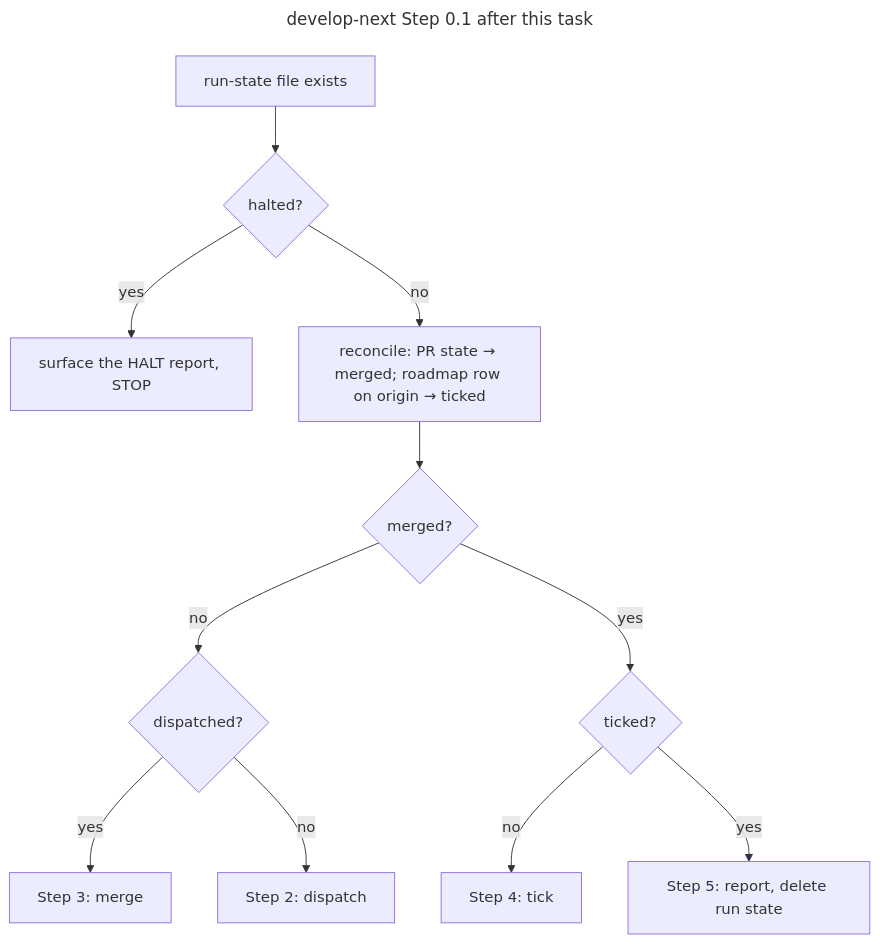
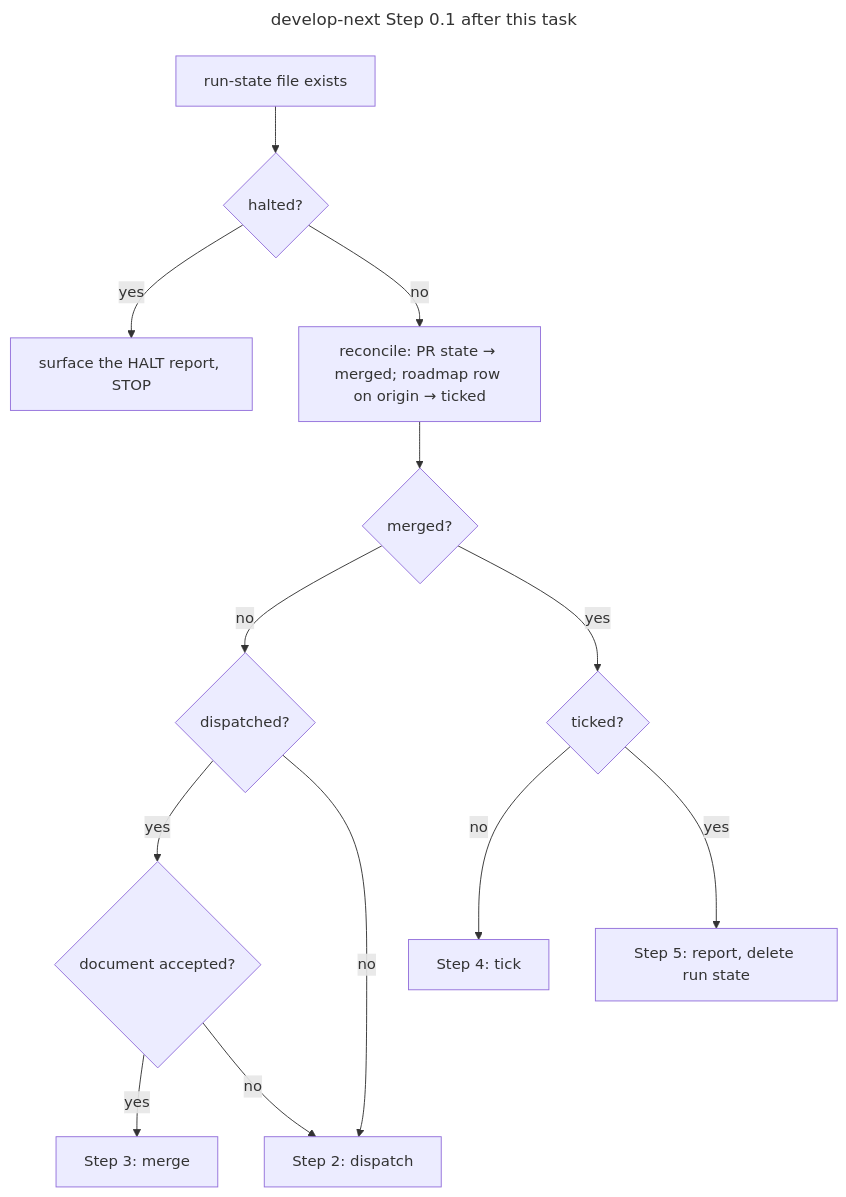
The diagram in docs/tasks/task.188.resume-from-evidence-not-flags/task.188.resume-from-evidence-not-flags.md (Gamaroff/agent-skills), drawn with Mermaid before and after one commit. The commit also changed other lines of this file, not shown here.

````diff
--- a/docs/tasks/task.188.resume-from-evidence-not-flags/task.188.resume-from-evidence-not-flags.md
+++ b/docs/tasks/task.188.resume-from-evidence-not-flags/task.188.resume-from-evidence-not-flags.md
@@ -139,16 +139,18 @@
 ```mermaid
 ---
 title: develop-next Step 0.1 after this task
 ---
 flowchart TD
   A[run-state file exists] --> H{halted?}
   H -- yes --> S[surface the HALT report, STOP]
   H -- no --> R[reconcile: PR state → merged; roadmap row on origin → ticked]
   R --> M{merged?}
   M -- no --> D{dispatched?}
-  D -- yes --> S3[Step 3: merge]
-  D -- no --> S2[Step 2: dispatch]
+  D -- yes --> AC{document accepted?}
+  AC -- yes --> S3[Step 3: merge]
+  AC -- no --> S2[Step 2: dispatch]
+  D -- no --> S2
   M -- yes --> T{ticked?}
   T -- no --> S4[Step 4: tick]
   T -- yes --> S5[Step 5: report, delete run state]
 ```
````
